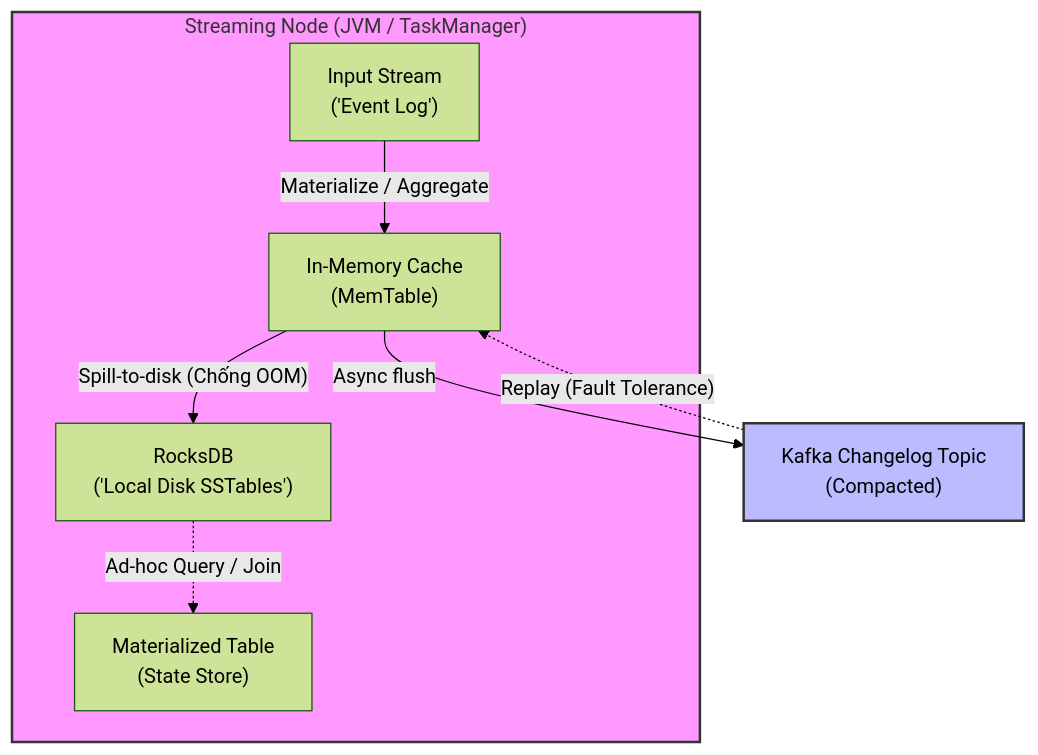
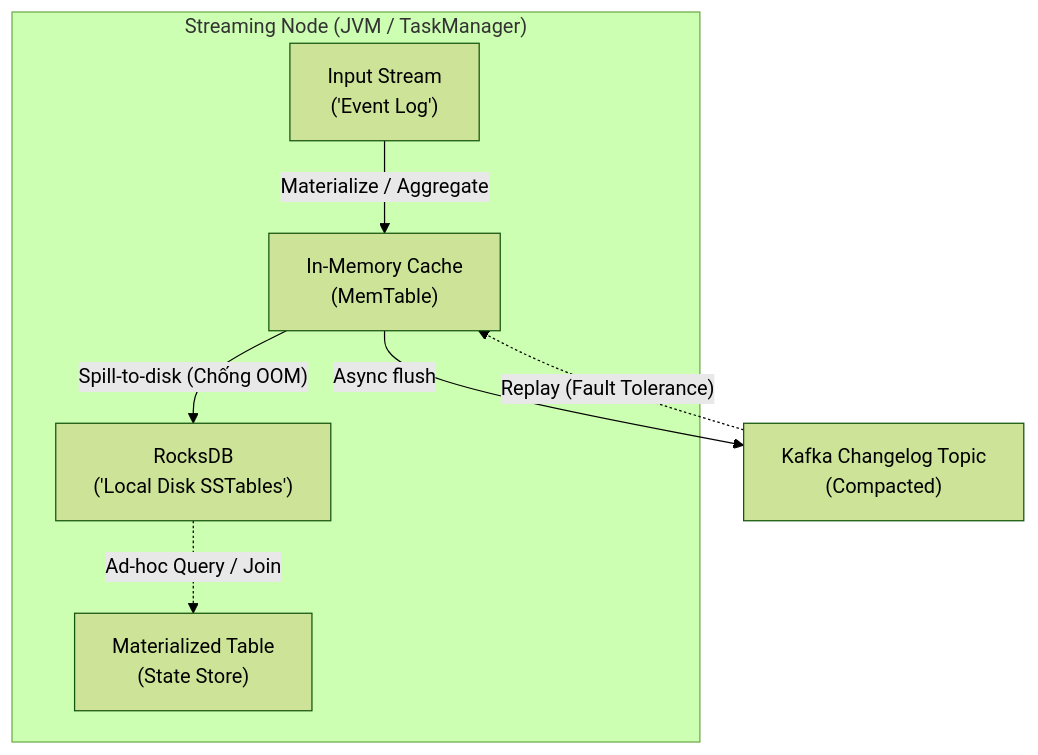
Before and after one commit to kythuatdulieu/kythuatdulieu.github.io: the diagram in src/content/docs/concepts/5-stream-processing-realtime/stream-table-duality.md, drawn with Mermaid (forest theme). The commit also changed 686 other files, not shown here.

````diff
--- a/src/content/docs/concepts/5-stream-processing-realtime/stream-table-duality.md
+++ b/src/content/docs/concepts/5-stream-processing-realtime/stream-table-duality.md
@@ -32,20 +32,19 @@
 ```mermaid
 flowchart TD
     subgraph StreamingNode["Streaming Node (JVM / TaskManager)"]
         StreamIn["Input Stream\n('Event Log')"]
         MemTable["In-Memory Cache\n(MemTable)"]
         RocksDB["RocksDB\n('Local Disk SSTables')"]
         TableOut["Materialized Table\n(State Store)"]
     end
     
     Changelog["Kafka Changelog Topic\n(Compacted)"]
     
     StreamIn -- "Materialize / Aggregate" --> MemTable
     MemTable -->|"Spill-to-disk (Chống OOM)"| RocksDB
     RocksDB -.->|"Ad-hoc Query / Join"| TableOut
     MemTable -- "Async flush" --> Changelog
     Changelog -.->|"Replay (Fault Tolerance)"| MemTable
-    
-    style StreamingNode fill:#f9f,stroke:#333,stroke-width:2px
-    style Changelog fill:#bbf,stroke:#333,stroke-width:2px
+
+
 ```
````
